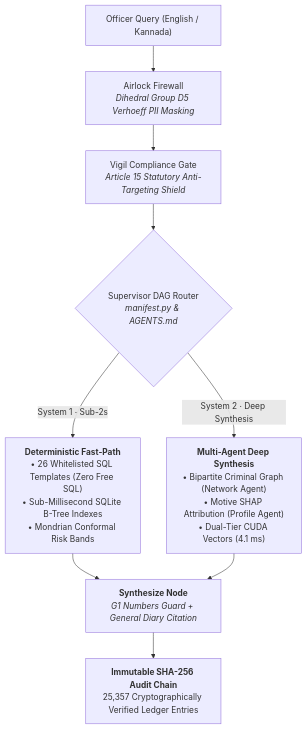
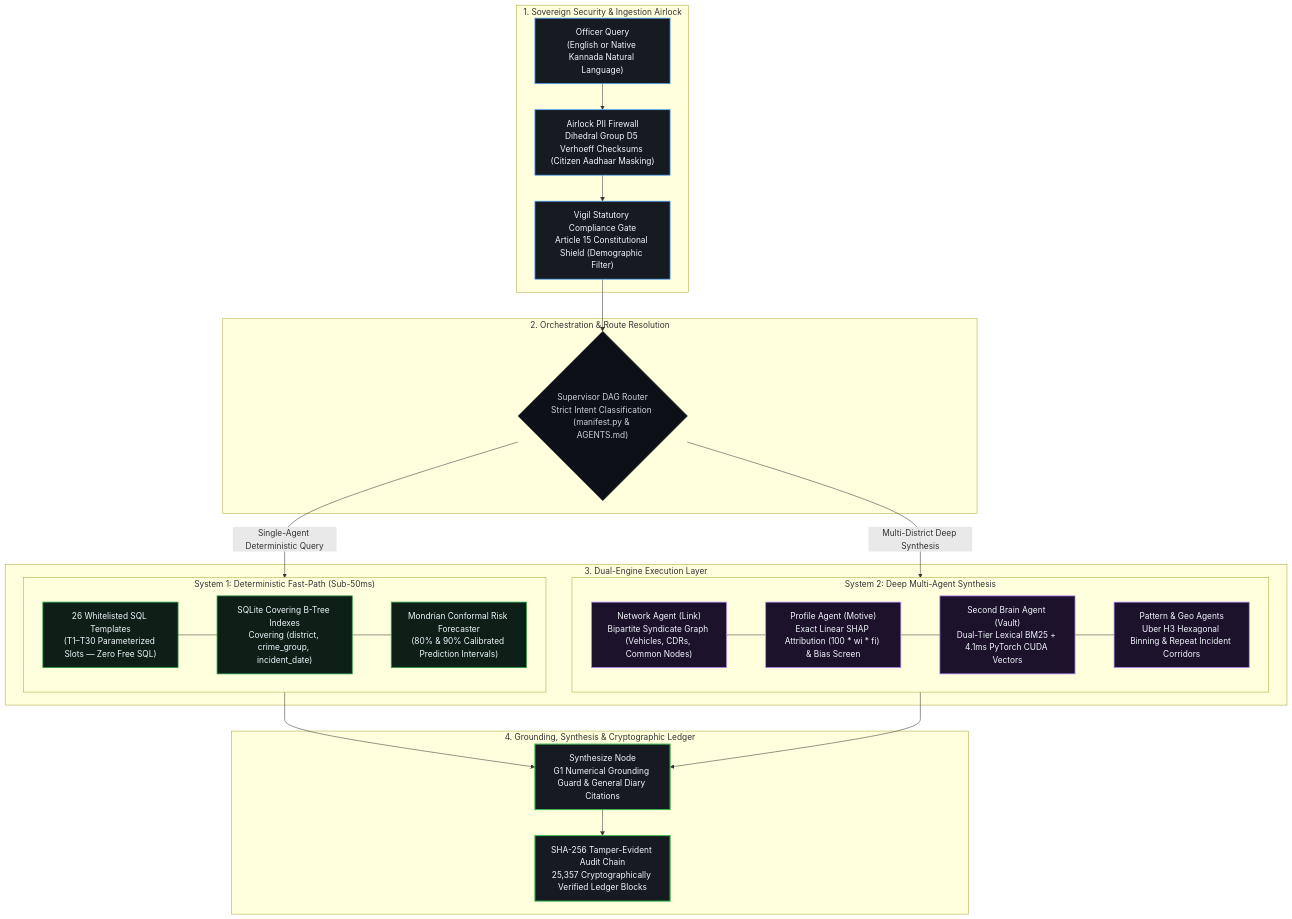
The diagram in README.md (harshax007/antar), drawn with Mermaid before and after one commit. The commit also changed other lines of this file and 4 other files, not shown here.

Commit message:
docs: overhaul README with human-written technical narrative and large architecture diagram

````diff
--- a/README.md
+++ b/README.md
@@ -44,23 +37,54 @@
 ```mermaid
 flowchart TD
-    %% Node Definitions
-    Q["Officer Query (English / Kannada)"]
-    AIR["Airlock Firewall<br/><i>Dihedral Group D5 Verhoeff PII Masking</i>"]
-    VIG["Vigil Compliance Gate<br/><i>Article 15 Statutory Anti-Targeting Shield</i>"]
-    SUP{"Supervisor DAG Router<br/><i>manifest.py & AGENTS.md</i>"}
+    subgraph Ingestion ["1. Sovereign Security & Ingestion Airlock"]
+        Q["Officer Query<br/>(English or Native Kannada Natural Language)"]
+        AIR["Airlock PII Firewall<br/>Dihedral Group D5 Verhoeff Checksums (Citizen Aadhaar Masking)"]
+        VIG["Vigil Statutory Compliance Gate<br/>Article 15 Constitutional Shield (Demographic Filter)"]
+        Q --> AIR --> VIG
+    end
 
-    %% Gateway Flow
-    Q --> AIR
-    AIR --> VIG
-    VIG --> SUP
+    subgraph Routing ["2. Orchestration & Route Resolution"]
+        SUP{"Supervisor DAG Router<br/>Strict Intent Classification (manifest.py & AGENTS.md)"}
+        VIG --> SUP
+    end
 
-    %% Execution Branches
-    SUP -->|System 1 · Sub-2s| S1["<b>Deterministic Fast-Path</b><br/>• 26 Whitelisted SQL Templates (Zero Free SQL)<br/>• Sub-Millisecond SQLite B-Tree Indexes<br/>• Mondrian Conformal Risk Bands"]
-    SUP -->|System 2 · Deep Synthesis| S2["<b>Multi-Agent Deep Synthesis</b><br/>• Bipartite Criminal Graph (Network Agent)<br/>• Motive SHAP Attribution (Profile Agent)<br/>• Dual-Tier CUDA Vectors (4.1 ms)"]
+    subgraph Execution ["3. Dual-Engine Execution Layer"]
+        subgraph FastPath ["System 1: Deterministic Fast-Path (Sub-50ms)"]
+            TPL["26 Whitelisted SQL Templates<br/>(T1–T30 Parameterized Slots — Zero Free SQL)"]
+            BTREE["SQLite Covering B-Tree Indexes<br/>Covering (district, crime_group, incident_date)"]
+            CONF["Mondrian Conformal Risk Forecaster<br/>(80% & 90% Calibrated Prediction Intervals)"]
+            TPL --- BTREE --- CONF
+        end
 
-    %% Synthesis & Audit
-    S1 --> SYN["<b>Synthesize Node</b><br/><i>G1 Numbers Guard + General Diary Citation</i>"]
-    S2 --> SYN
+        subgraph DeepSynth ["System 2: Deep Multi-Agent Synthesis"]
+            NET["Network Agent (Link)<br/>Bipartite Syndicate Graph (Vehicles, CDRs, Common Nodes)"]
+            PROF["Profile Agent (Motive)<br/>Exact Linear SHAP Attribution (100 * wi * fi) & Bias Screen"]
+            BRN["Second Brain Agent (Vault)<br/>Dual-Tier Lexical BM25 + 4.1ms PyTorch CUDA Vectors"]
+            PAT["Pattern & Geo Agents<br/>Uber H3 Hexagonal Binning & Repeat Incident Corridors"]
+            NET --- PROF --- BRN --- PAT
+        end
+    end
 
-    SYN --> AUD["<b>Immutable SHA-256 Audit Chain</b><br/>25,357 Cryptographically Verified Ledger Entries"]
+    SUP -->|Single-Agent Deterministic Query| FastPath
+    SUP -->|Multi-District Deep Synthesis| DeepSynth
+
+    subgraph AuditGate ["4. Grounding, Synthesis & Cryptographic Ledger"]
+        SYN["Synthesize Node<br/>G1 Numerical Grounding Guard & General Diary Citations"]
+        AUD["SHA-256 Tamper-Evident Audit Chain<br/>25,357 Cryptographically Verified Ledger Blocks"]
+        FastPath --> SYN
+        DeepSynth --> SYN
+        SYN --> AUD
+    end
+
+    classDef default fill:#0d1117,stroke:#30363d,stroke-width:1px,color:#c9d1d9;
+    classDef gate fill:#161b22,stroke:#58a6ff,stroke-width:1.5px,color:#f0f6fc;
+    classDef fast fill:#0d1f17,stroke:#2ea043,stroke-width:1.5px,color:#f0f6fc;
+    classDef deep fill:#1c122c,stroke:#bc8cff,stroke-width:1.5px,color:#f0f6fc;
+    classDef audit fill:#161b22,stroke:#3fb950,stroke-width:2px,color:#f0f6fc;
+
+    class Q,AIR,VIG gate;
+    class SUP default;
+    class TPL,BTREE,CONF fast;
+    class NET,PROF,BRN,PAT deep;
+    class SYN,AUD audit;
 ```
````
